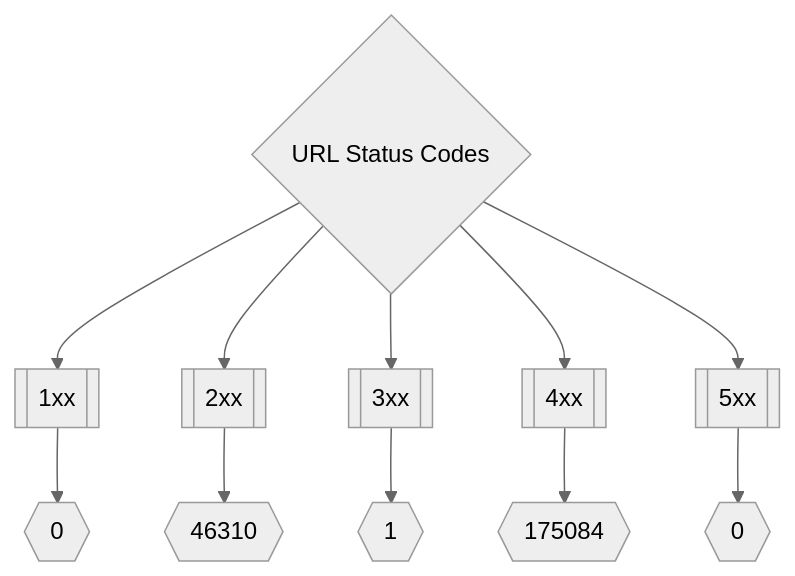
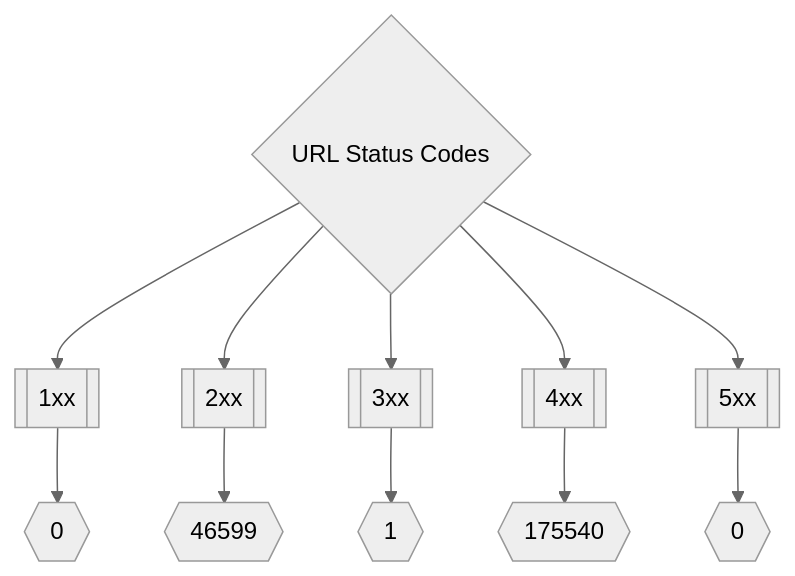
One commit to trickest/inventory changed the second of 3 diagrams in README.md. Above: the diagram before and after it, drawn with Mermaid (neutral theme). The commit also changed other lines of this file and 262 other files, not shown here.

````diff
--- a/README.md
+++ b/README.md
@@ -173,8 +173,8 @@
 ```mermaid
 graph TD
 title{URL Status Codes} --> 1xx[[1xx]] --> status1xxNum{{0}}
-title --> 2xx[[2xx]] --> status2xxNum{{46310}}
+title --> 2xx[[2xx]] --> status2xxNum{{46599}}
 title --> 3xx[[3xx]] --> status3xxNum{{1}}
-title --> 4xx[[4xx]] --> status4xxNum{{175084}}
+title --> 4xx[[4xx]] --> status4xxNum{{175540}}
 title --> 5xx[[5xx]] --> status5xxNum{{0}}
 ```
````
